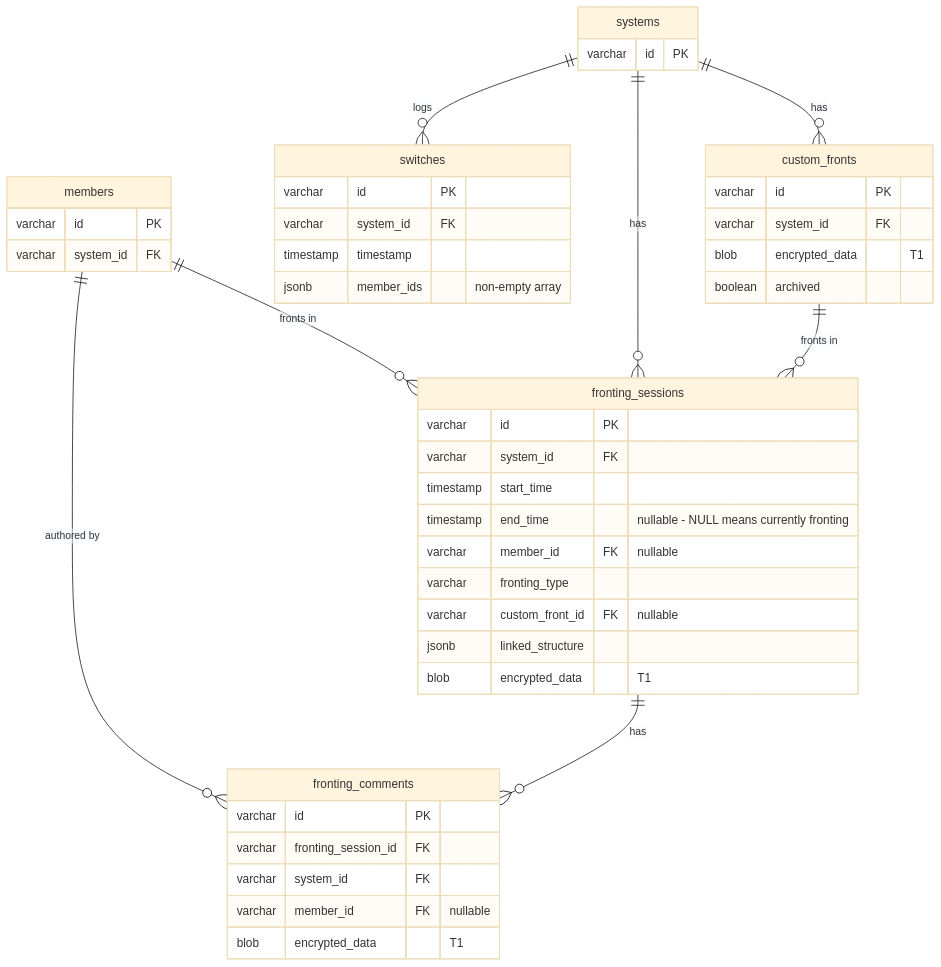
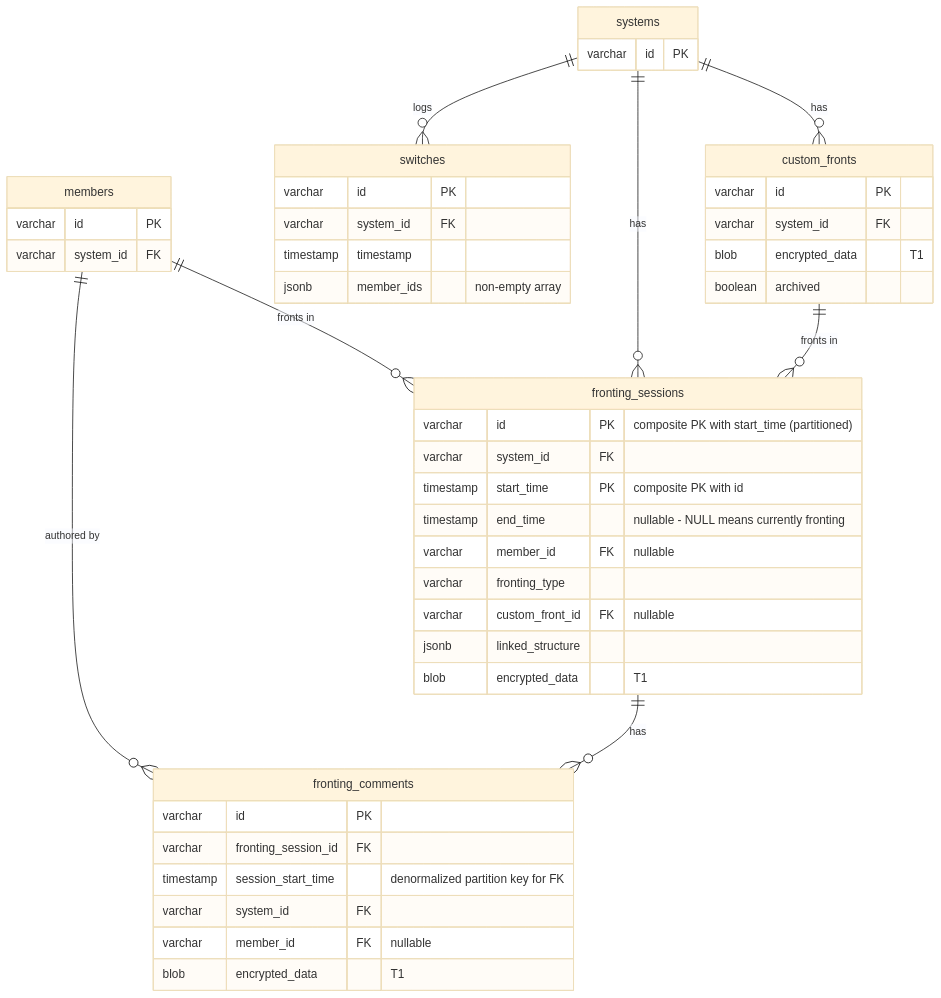
One commit to ThePrismSystem/pluralscape-mono changed the sixth of 20 diagrams in docs/database-schema.md. Above: the diagram before and after it, drawn with Mermaid (base theme). The commit also changed other lines of this file, not shown here.

Commit message:
docs(db): correct ER diagrams against actual PG schema

````diff
--- a/docs/database-schema.md
+++ b/docs/database-schema.md
@@ -393,53 +401,54 @@
 ```mermaid
 erDiagram
     systems {
         varchar id PK
     }
 
     members {
         varchar id PK
         varchar system_id FK
     }
 
     custom_fronts {
         varchar id PK
         varchar system_id FK
         blob encrypted_data "T1"
         boolean archived
     }
 
     fronting_sessions {
-        varchar id PK
+        varchar id PK "composite PK with start_time (partitioned)"
         varchar system_id FK
-        timestamp start_time
+        timestamp start_time PK "composite PK with id"
         timestamp end_time "nullable - NULL means currently fronting"
         varchar member_id FK "nullable"
         varchar fronting_type
         varchar custom_front_id FK "nullable"
         jsonb linked_structure
         blob encrypted_data "T1"
     }
 
     switches {
         varchar id PK
         varchar system_id FK
         timestamp timestamp
         jsonb member_ids "non-empty array"
     }
 
     fronting_comments {
         varchar id PK
         varchar fronting_session_id FK
+        timestamp session_start_time "denormalized partition key for FK"
         varchar system_id FK
         varchar member_id FK "nullable"
         blob encrypted_data "T1"
     }
 
     systems ||--o{ custom_fronts : "has"
     systems ||--o{ fronting_sessions : "has"
     members ||--o{ fronting_sessions : "fronts in"
     custom_fronts ||--o{ fronting_sessions : "fronts in"
     systems ||--o{ switches : "logs"
     fronting_sessions ||--o{ fronting_comments : "has"
     members ||--o{ fronting_comments : "authored by"
 ```
````
